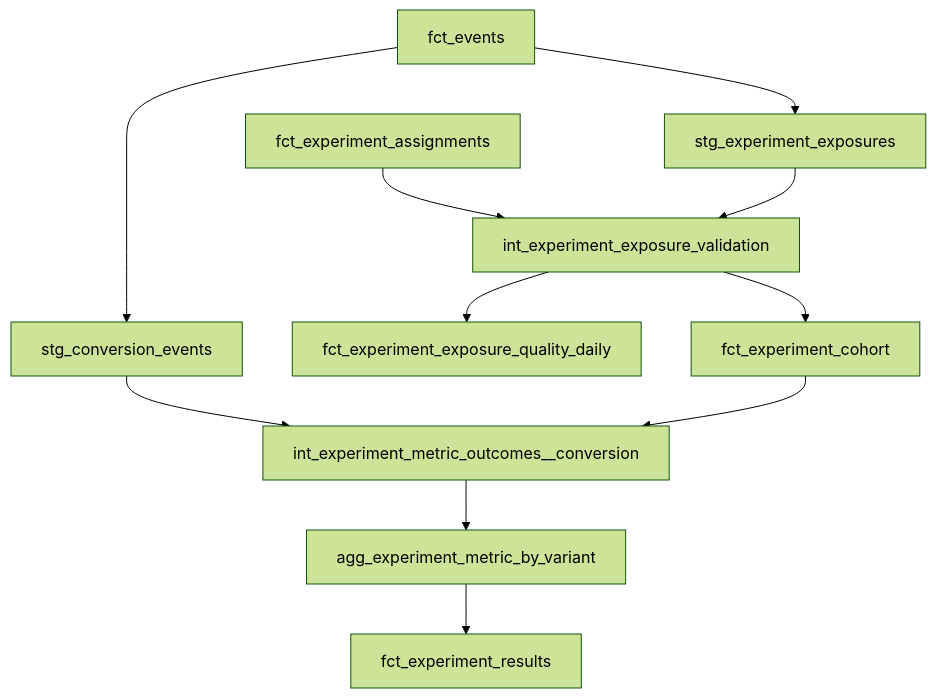
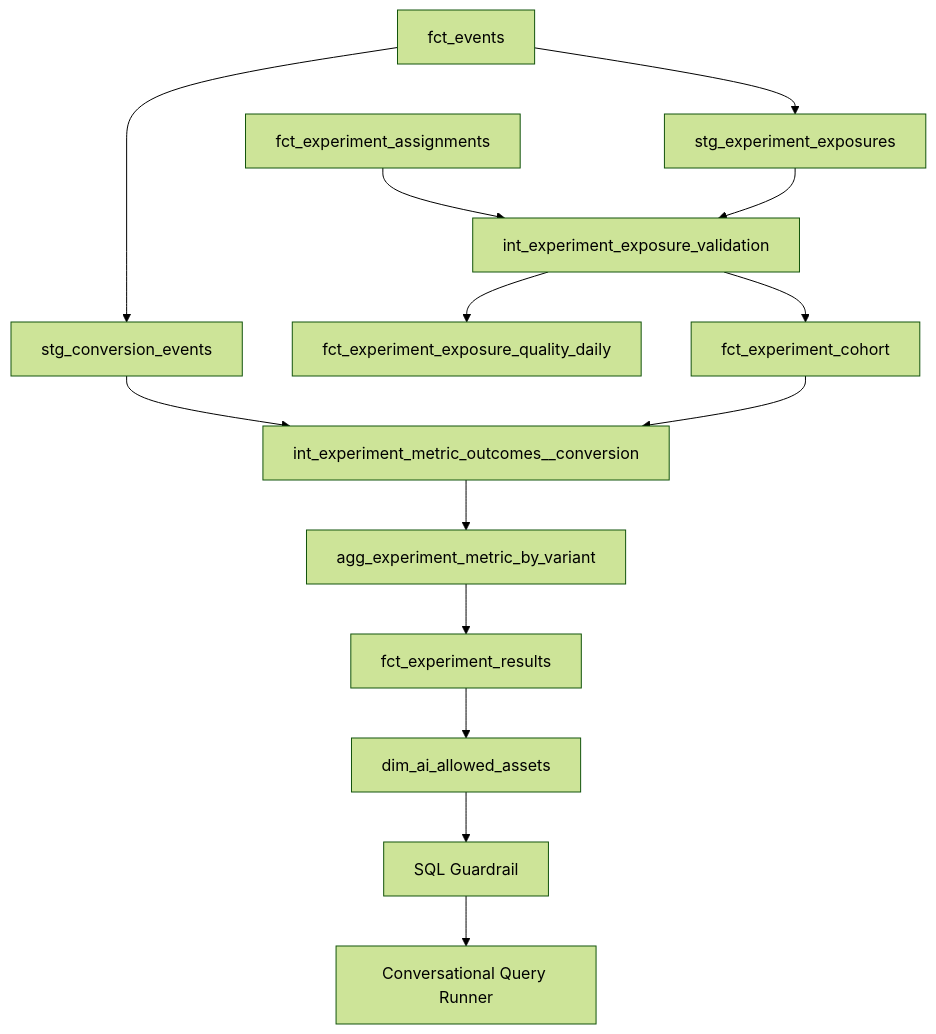
One commit to PZawieja/experimentation-analytics-platform changed the diagram in README.md. Above: the diagram before and after it, drawn with Mermaid (forest theme). The commit also changed other lines of this file, not shown here.

````diff
--- a/README.md
+++ b/README.md
@@ -9,13 +21,16 @@
 ```mermaid
 flowchart TD
     A[fct_events] --> B[stg_experiment_exposures]
     A --> C[stg_conversion_events]
     D[fct_experiment_assignments] --> E[int_experiment_exposure_validation]
     B --> E
     E --> F[fct_experiment_exposure_quality_daily]
     E --> G[fct_experiment_cohort]
     C --> H[int_experiment_metric_outcomes__conversion]
     G --> H
     H --> I[agg_experiment_metric_by_variant]
     I --> J[fct_experiment_results]
+    J --> K[dim_ai_allowed_assets]
+    K --> L[SQL Guardrail]
+    L --> M[Conversational Query Runner]
 ```
````
